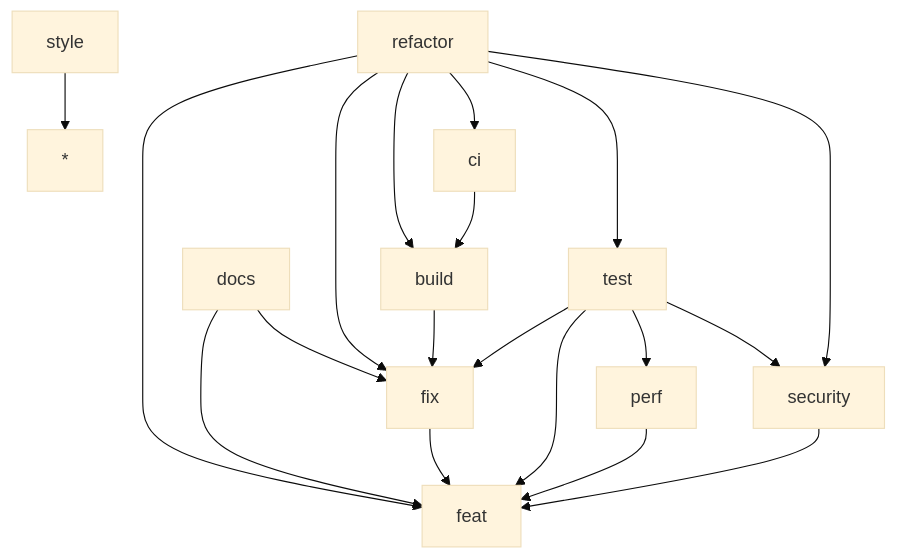
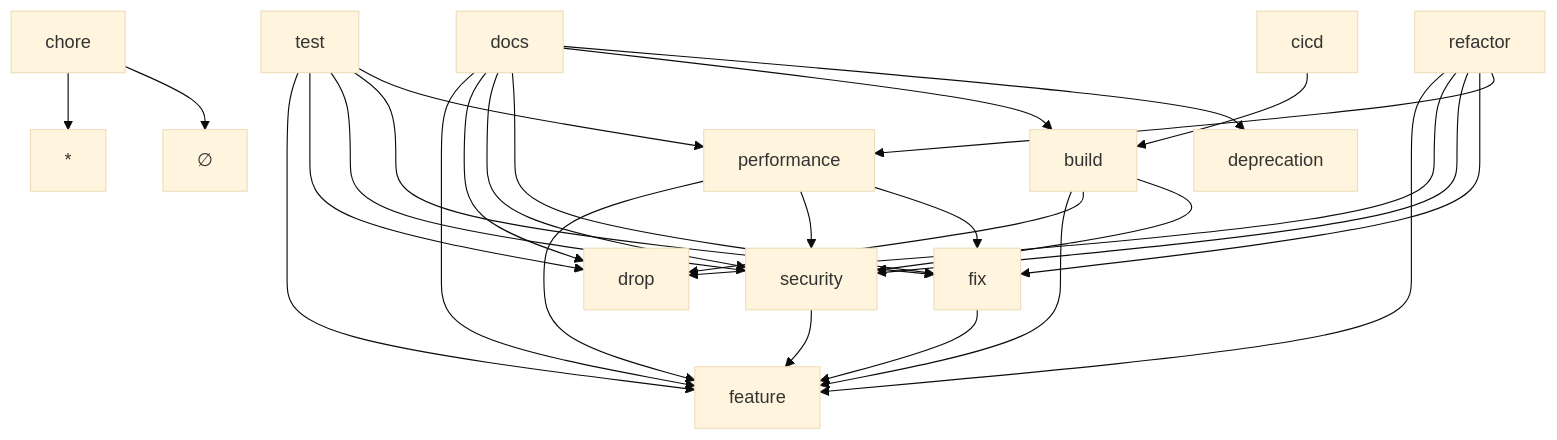
Before and after one commit to dmyersturnbull/dmyersturnbull.github.io: the third of 3 diagrams in contents/ref/maintainer-guide.md, drawn with Mermaid (base theme). The commit also changed other lines of this file and 79 other files, not shown here.

````diff
--- a/contents/ref/maintainer-guide.md
+++ b/contents/ref/maintainer-guide.md
@@ -253,21 +275,30 @@
     ```mermaid
     graph TD
-        fix --> feat
-        security --> feat
-        perf --> feat
+        security --> feature
+        fix --> feature
+        performance --> feature
+        performance --> security
+        performance --> fix
+        build --> feature
+        build --> drop
+        build --> security
+        test --> feature
+        test --> drop
+        test --> security
         test --> fix
-        test --> feat
-        test --> perf
-        test --> security
-        docs --> feat
+        test --> performance
+        docs --> feature
+        docs --> drop
+        docs --> security
         docs --> fix
-        ci --> build
-        build --> fix
-        refactor --> feat
+        docs --> build
+        docs --> deprecation
+        cicd --> build
+        refactor --> feature
+        refactor --> drop
+        refactor --> security
         refactor --> fix
-        refactor --> build
-        refactor --> ci
-        refactor --> test
-        refactor --> security
-        s["style"] --> any["*"]
+        refactor --> performance
+        s["style"] --> any[*]
+        s["chore"] --> none[∅]
     ```
````
